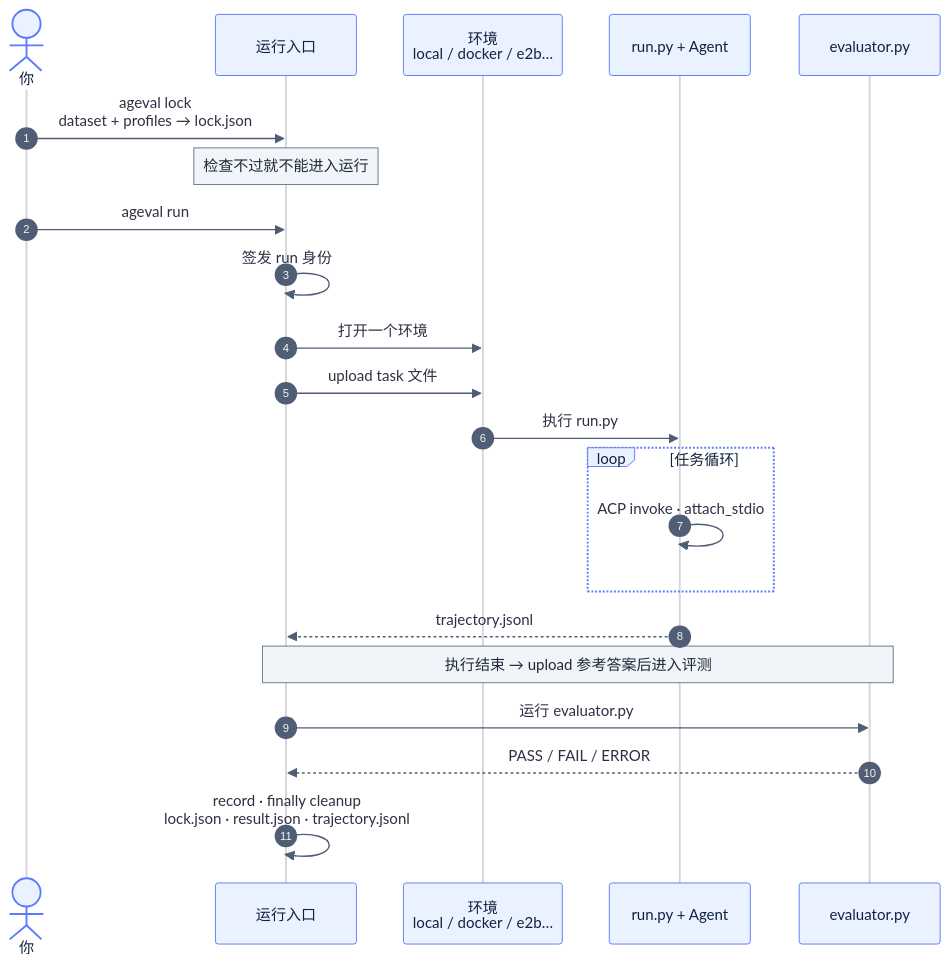
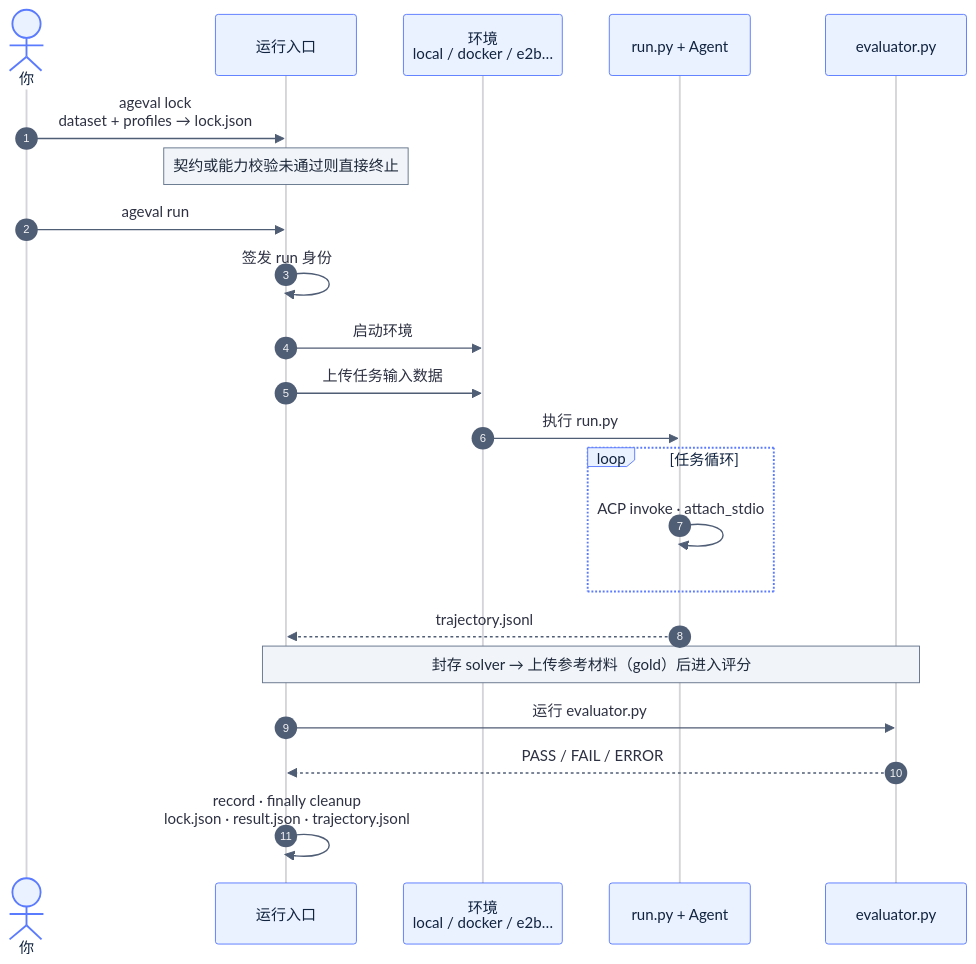
Before and after one commit to ZJU-REAL/ageval: the diagram in README.zh-CN.md, drawn with Mermaid. The commit also changed other lines of this file and 37 other files, not shown here.

````diff
--- a/README.zh-CN.md
+++ b/README.zh-CN.md
@@ -171,26 +169,26 @@
 ```mermaid
 %%{init: {"theme":"base","themeVariables":{"actorBkg":"#eaf1ff","actorBorder":"#5B7BFF","actorTextColor":"#10233f","actorLineColor":"rgba(45,49,66,0.2)","signalColor":"#4f5d75","signalTextColor":"#2d3142","labelBoxBkgColor":"#eaf1ff","labelBoxBorderColor":"#5B7BFF","labelTextColor":"#10233f","noteBkgColor":"#f1f5f9","noteBorderColor":"#64748b","noteTextColor":"#1e293b"}}}%%
 sequenceDiagram
     autonumber
     actor u as 你
     participant r as 运行入口
     participant e as 环境<br/>local / docker / e2b…
     participant t as run.py + Agent
     participant v as evaluator.py
 
     u->>r: ageval lock<br/>dataset + profiles → lock.json
-    Note over r: 检查不过就不能进入运行
+    Note over r: 契约或能力校验未通过则直接终止
     u->>r: ageval run
     r->>r: 签发 run 身份
-    r->>e: 打开一个环境
-    r->>e: upload task 文件
+    r->>e: 启动环境
+    r->>e: 上传任务输入数据
     e->>t: 执行 run.py
     loop 任务循环
         t->>t: ACP invoke · attach_stdio
     end
     t-->>r: trajectory.jsonl
-    Note over r,v: 执行结束 → upload 参考答案后进入评测
+    Note over r,v: 封存 solver → 上传参考材料（gold）后进入评分
     r->>v: 运行 evaluator.py
     v-->>r: PASS / FAIL / ERROR
     r->>r: record · finally cleanup<br/>lock.json · result.json · trajectory.jsonl
 ```
````
